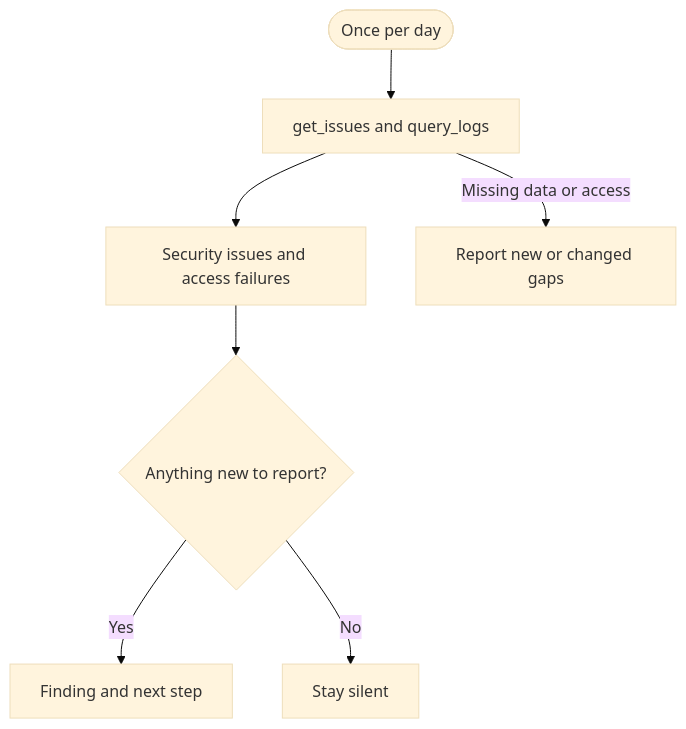
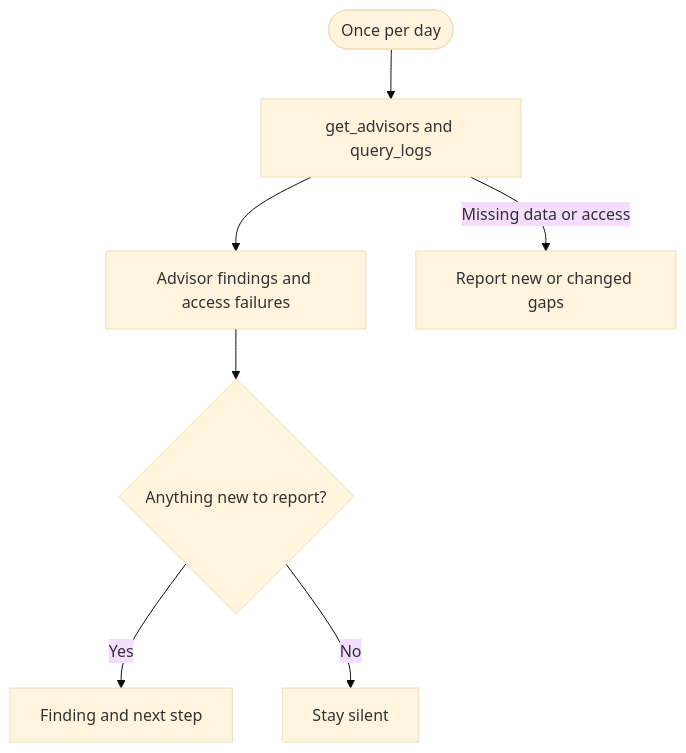
The diagram in apps/docs/content/guides/observability/automate-with-agents/security.mdx (supabase/supabase), drawn with Mermaid (base theme) before and after one commit. The commit also changed other lines of this file and 20 other files, not shown here.

````diff
--- a/apps/docs/content/guides/observability/automate-with-agents/security.mdx
+++ b/apps/docs/content/guides/observability/automate-with-agents/security.mdx
@@ -8,9 +8,9 @@
 ```mermaid
 flowchart TD
-  Schedule([Once per day]) --> Inspect[get_issues and query_logs]
-  Inspect --> Signals["Security issues and access failures"]
+  Schedule([Once per day]) --> Inspect[get_advisors and query_logs]
+  Inspect --> Signals["Advisor findings and access failures"]
   Signals --> Review{Anything new to report?}
   Review -->|Yes| Report[Finding and next step]
   Review -->|No| Silent[Stay silent]
   Inspect -->|Missing data or access| Gap[Report new or changed gaps]
 ```
````
